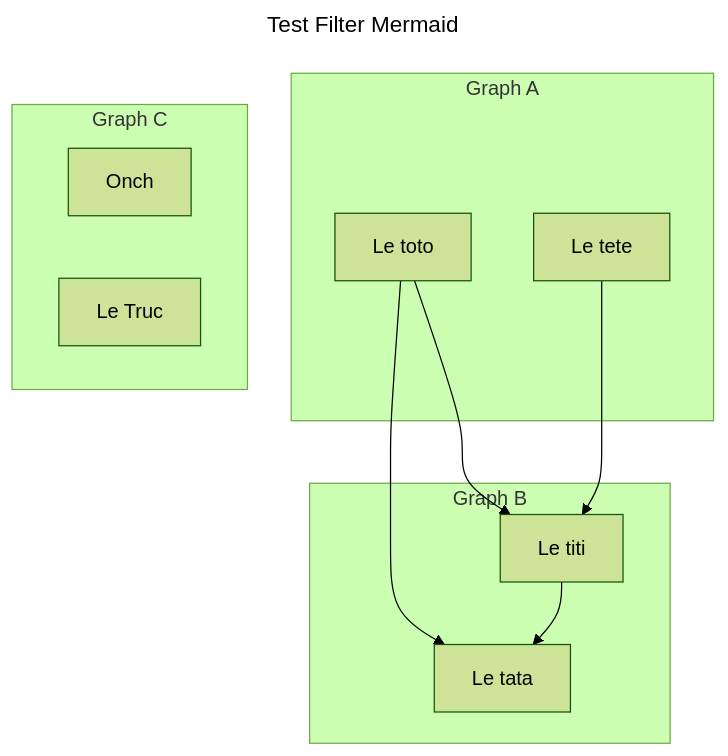
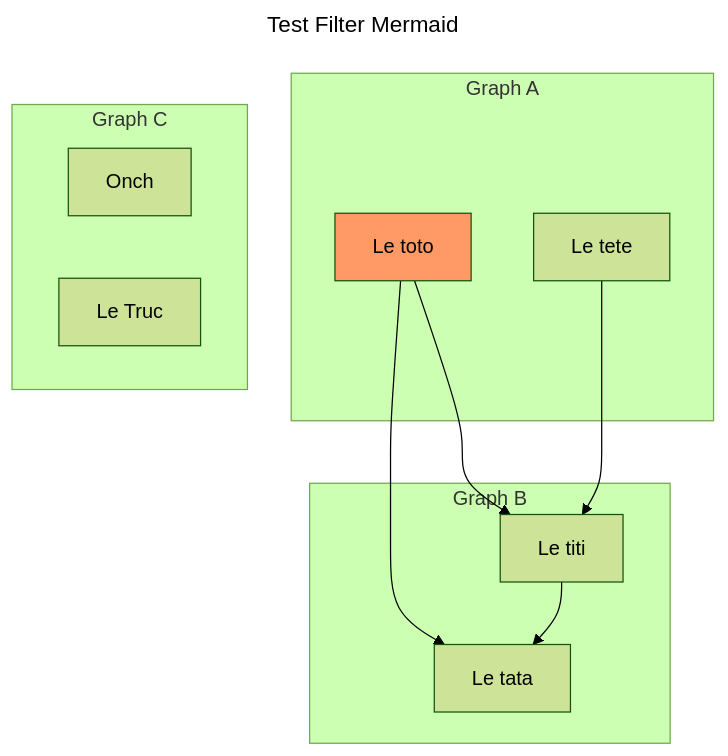
One commit to lucascloarec/mermaid-filter changed the diagram in diagram.mmd. Above: the diagram before and after it, drawn with Mermaid (forest theme). The commit also changed 1 other file, not shown here.

```diff
--- a/diagram.mmd
+++ b/diagram.mmd
@@ -1,24 +1,28 @@
 ---
 title: Test Filter Mermaid
 ---
+flowchart TD
 
-flowchart TD
+    classDef orange fill:#f96
+
+
     subgraph A["Graph A"]
         toto[Le toto]
         tete[Le tete]
     end
+    class toto orange
 
     subgraph B["Graph B"]
         tata[Le tata]
         titi[Le titi]
     end
 
     subgraph C["Graph C"]
         onch[Onch]
         truc[Le Truc]
     end
 
     toto --> tata
     toto --> titi
     titi --> tata
     tete --> titi
```
